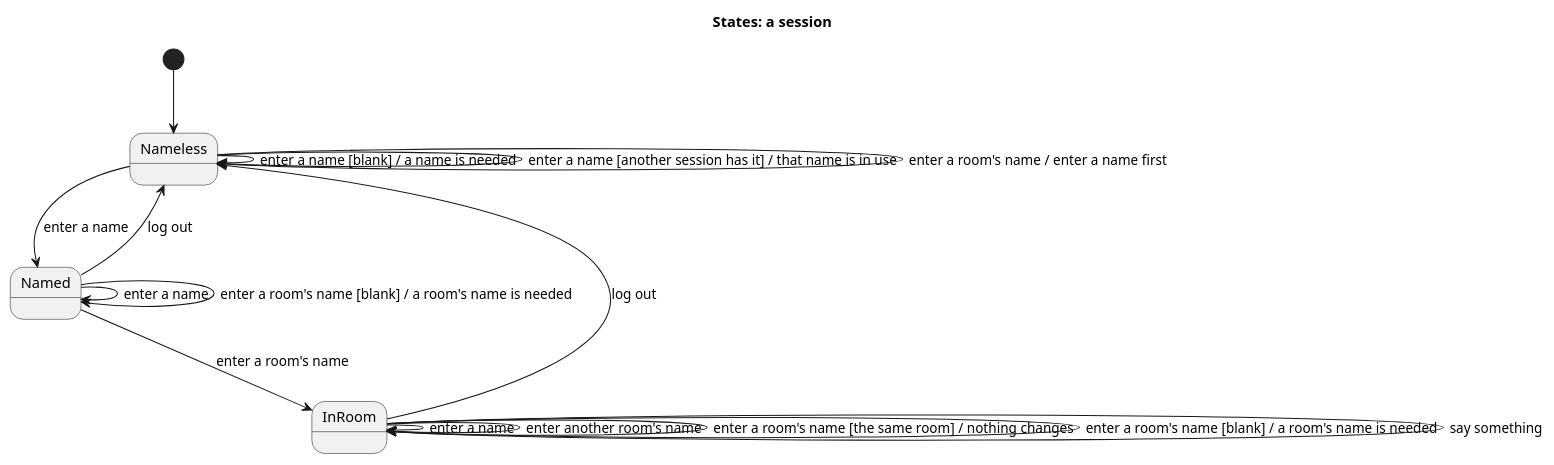
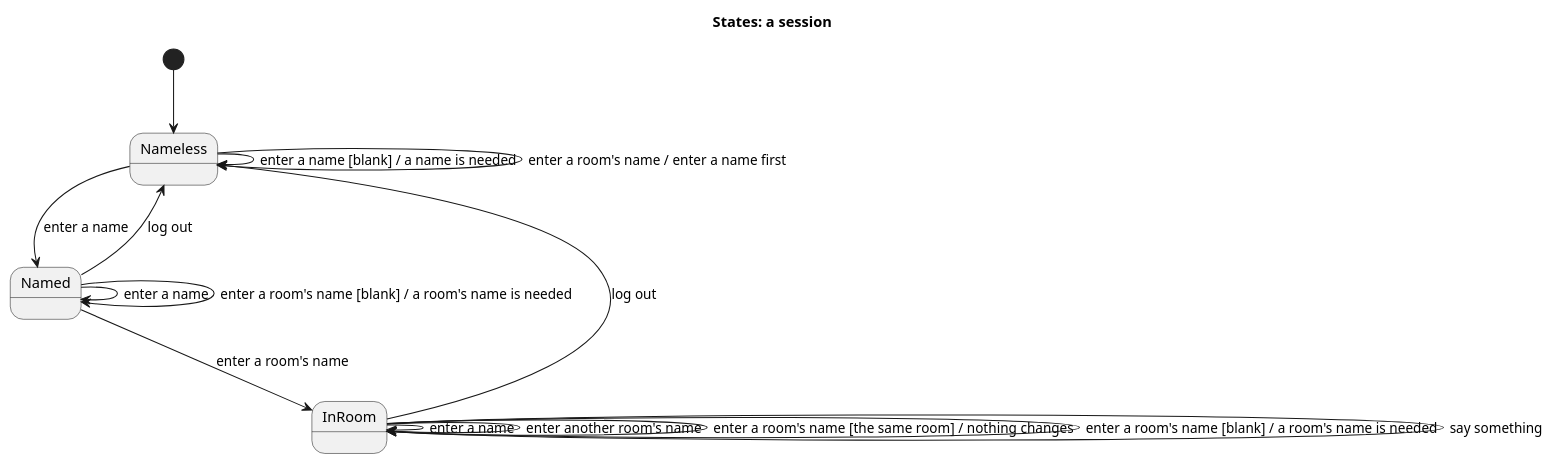
Before and after one commit to blueshed/dzql: the diagram in uml/src/session.puml, drawn with PlantUML. The commit also changed 6 other files, not shown here.

Commit message:
uml: a demo, so a person is self-authenticating -- a person is their name; each device has its own session and room; Dee in two rooms on two devices; logging out ends this device's session only

```diff
--- a/uml/src/session.puml
+++ b/uml/src/session.puml
@@ -1,18 +1,17 @@
 @startuml
 title States: a session
 [*] --> Nameless
 Nameless --> Named : enter a name
 Nameless --> Nameless : enter a name [blank] / a name is needed
-Nameless --> Nameless : enter a name [another session has it] / that name is in use
 Nameless --> Nameless : enter a room's name / enter a name first
 Named --> Named : enter a name
 Named --> InRoom : enter a room's name
 Named --> Named : enter a room's name [blank] / a room's name is needed
 InRoom --> InRoom : enter a name
 InRoom --> InRoom : enter another room's name
 InRoom --> InRoom : enter a room's name [the same room] / nothing changes
 InRoom --> InRoom : enter a room's name [blank] / a room's name is needed
 InRoom --> InRoom : say something
 Named --> Nameless : log out
 InRoom --> Nameless : log out
 @enduml
```
